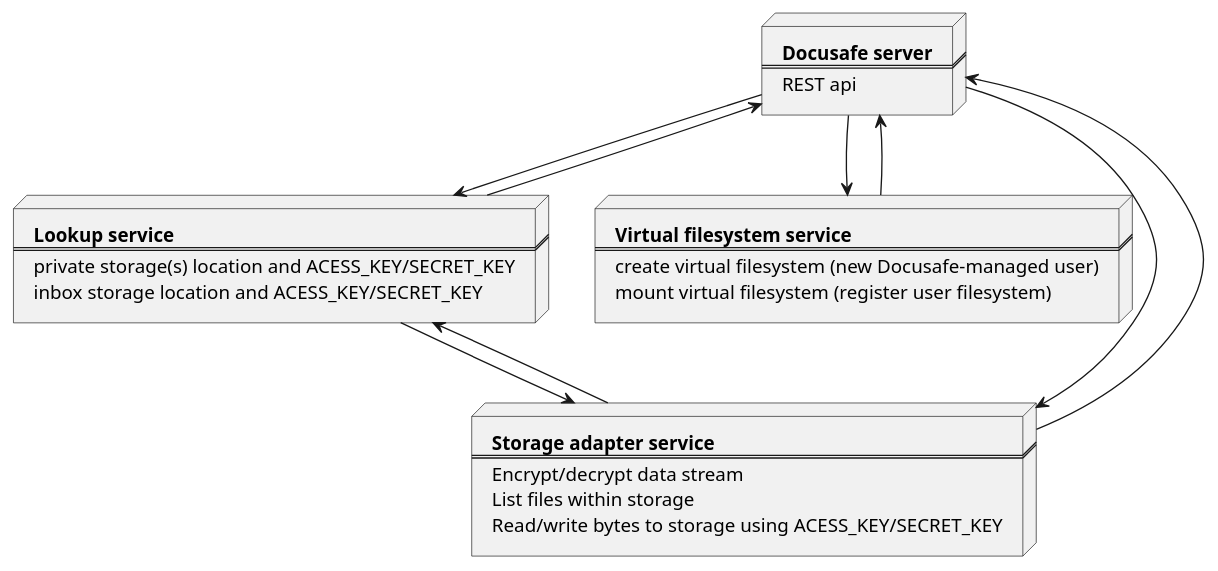
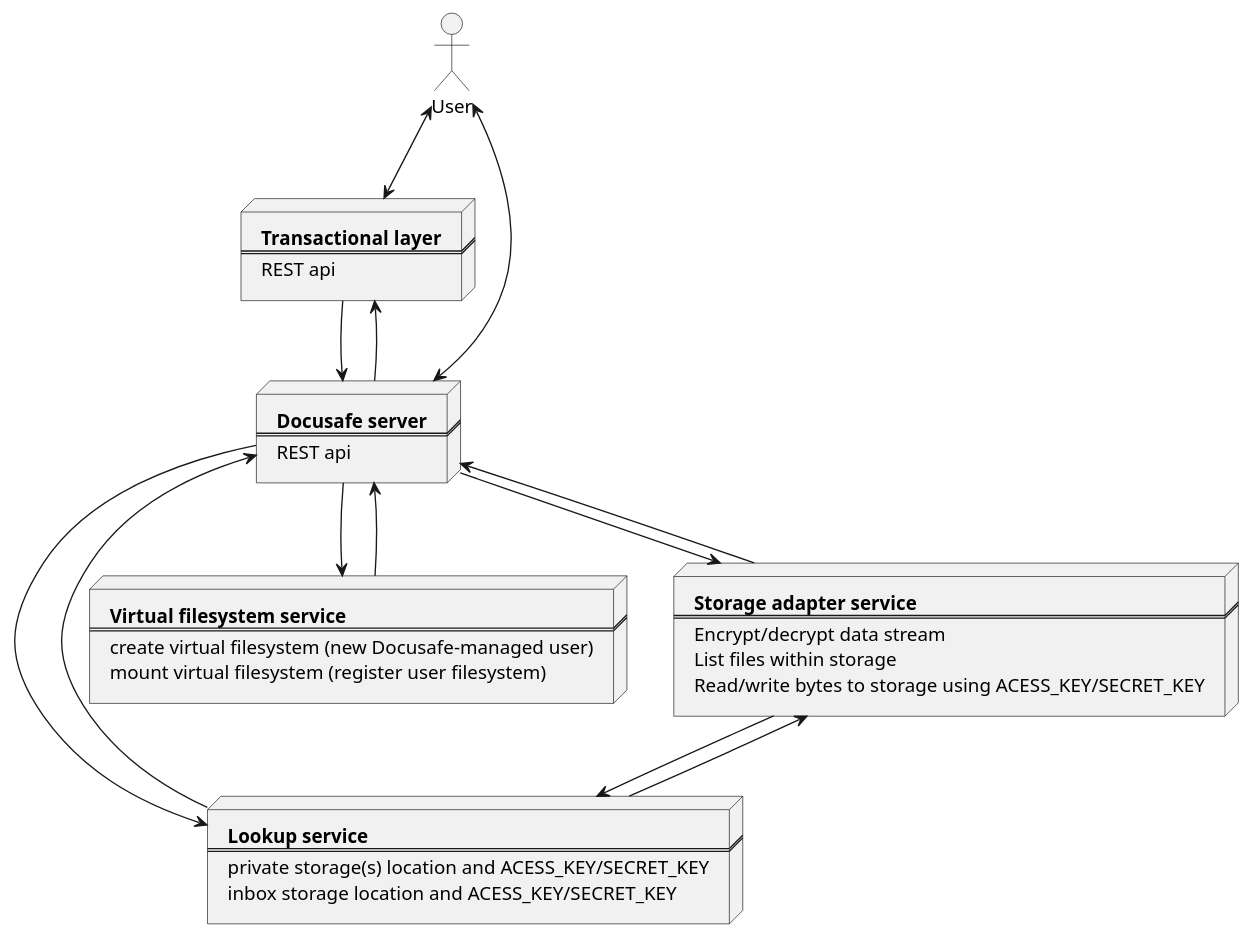
One commit to adorsys/datasafe changed the diagram in docs/diagrams/top_level.puml. Above: the diagram before and after it, drawn with PlantUML.

Commit message:
Added actor and transactional layer to top level view

```diff
--- a/docs/diagrams/top_level.puml
+++ b/docs/diagrams/top_level.puml
@@ -1,36 +1,49 @@
 @startuml
+
+actor User
+
+node ts [
+  **Transactional layer**
+  ===
+  REST api
+]
 
 node ds [
   **Docusafe server**
   ===
   REST api
 ]
 node ls [
   **Lookup service**
   ===
   private storage(s) location and ACESS_KEY/SECRET_KEY
   inbox storage location and ACESS_KEY/SECRET_KEY
 ]
 node vfs [
   **Virtual filesystem service**
   ===
   create virtual filesystem (new Docusafe-managed user)
   mount virtual filesystem (register user filesystem)
 ]
 node sas [
   **Storage adapter service**
   ===
   Encrypt/decrypt data stream
   List files within storage
   Read/write bytes to storage using ACESS_KEY/SECRET_KEY
 ]
 
+User <-down-> ts
+User <-down-> ds
+
+ts -down-> ds
+ds -down-> ts
 ds -down-> ls
 ls -down-> ds
 ds -down-> vfs
 vfs -down-> ds
 ds -down-> sas
 sas -down-> ds
 ls -down-> sas
 sas -down-> ls
 @enduml
```
